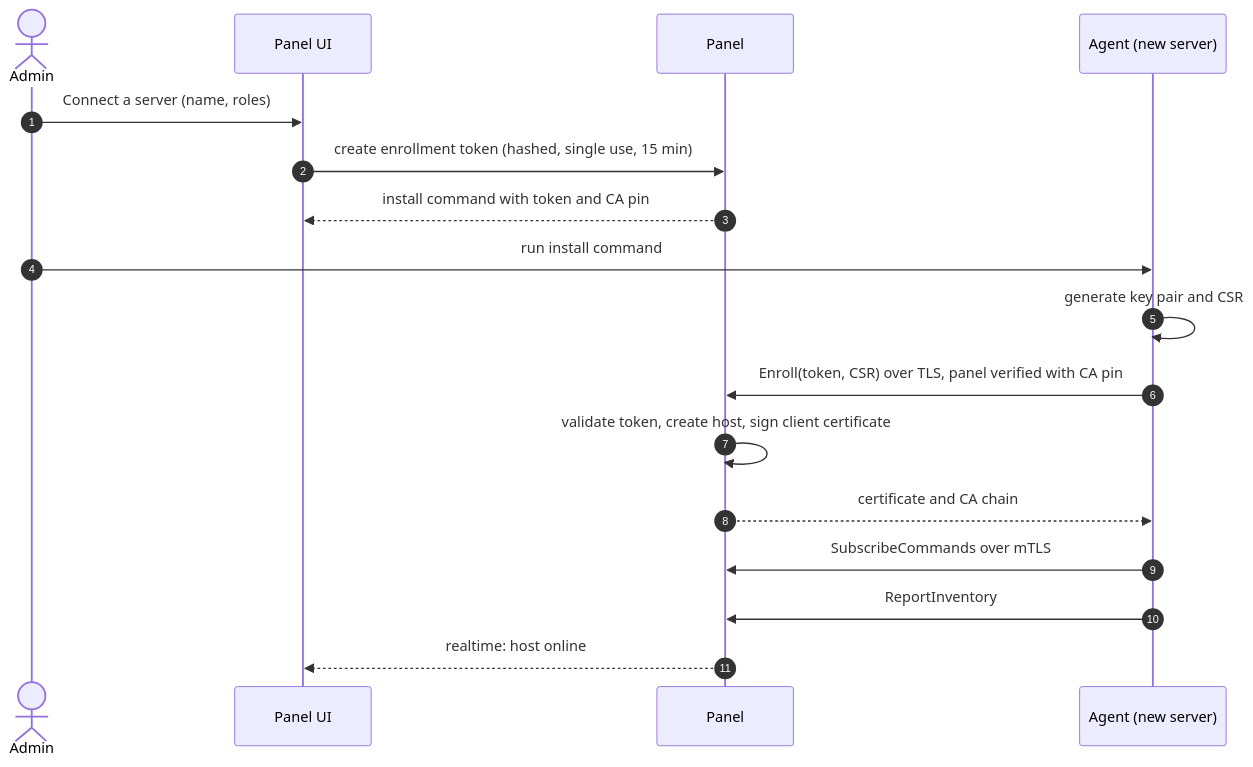
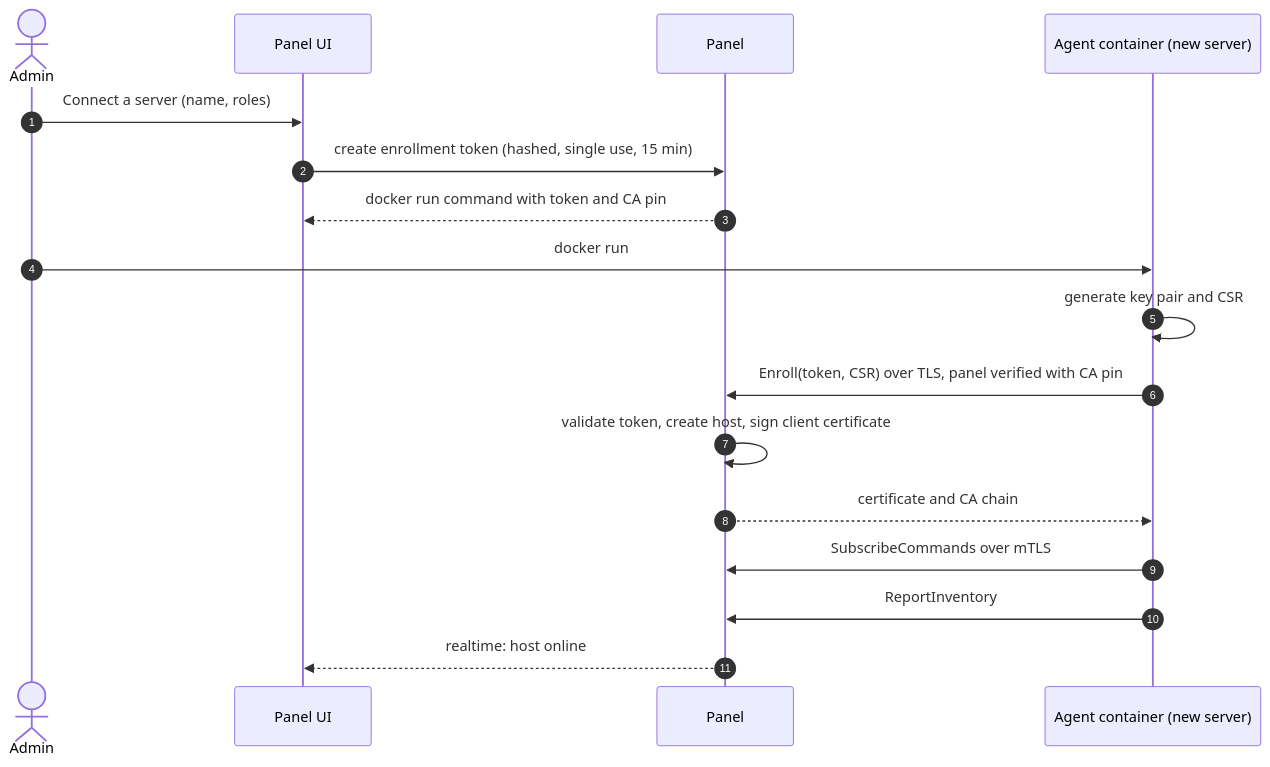
One commit to oldbear24/PocketServerManager changed the third of 6 diagrams in docs/architecture.md. Above: the diagram before and after it, drawn with Mermaid. The commit also changed other lines of this file and 16 other files, not shown here.

First line of the commit message:
Run agents as Docker containers with a temporary updater

````diff
--- a/docs/architecture.md
+++ b/docs/architecture.md
@@ -70,20 +126,20 @@
 ```mermaid
 sequenceDiagram
   autonumber
   actor Admin
   participant UI as Panel UI
   participant P as Panel
-  participant A as Agent (new server)
+  participant A as Agent container (new server)
 
   Admin->>UI: Connect a server (name, roles)
   UI->>P: create enrollment token (hashed, single use, 15 min)
-  P-->>UI: install command with token and CA pin
-  Admin->>A: run install command
+  P-->>UI: docker run command with token and CA pin
+  Admin->>A: docker run
   A->>A: generate key pair and CSR
   A->>P: Enroll(token, CSR) over TLS, panel verified with CA pin
   P->>P: validate token, create host, sign client certificate
   P-->>A: certificate and CA chain
   A->>P: SubscribeCommands over mTLS
   A->>P: ReportInventory
   P-->>UI: realtime: host online
 ```
````
